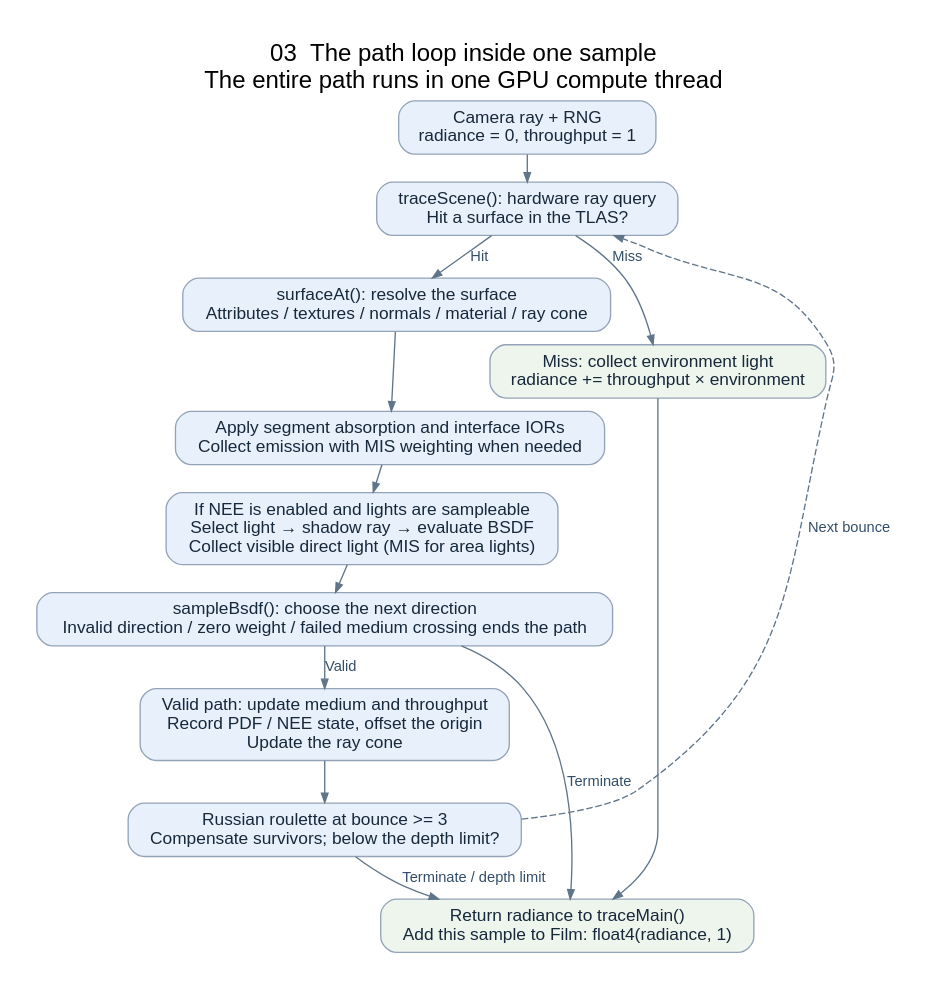
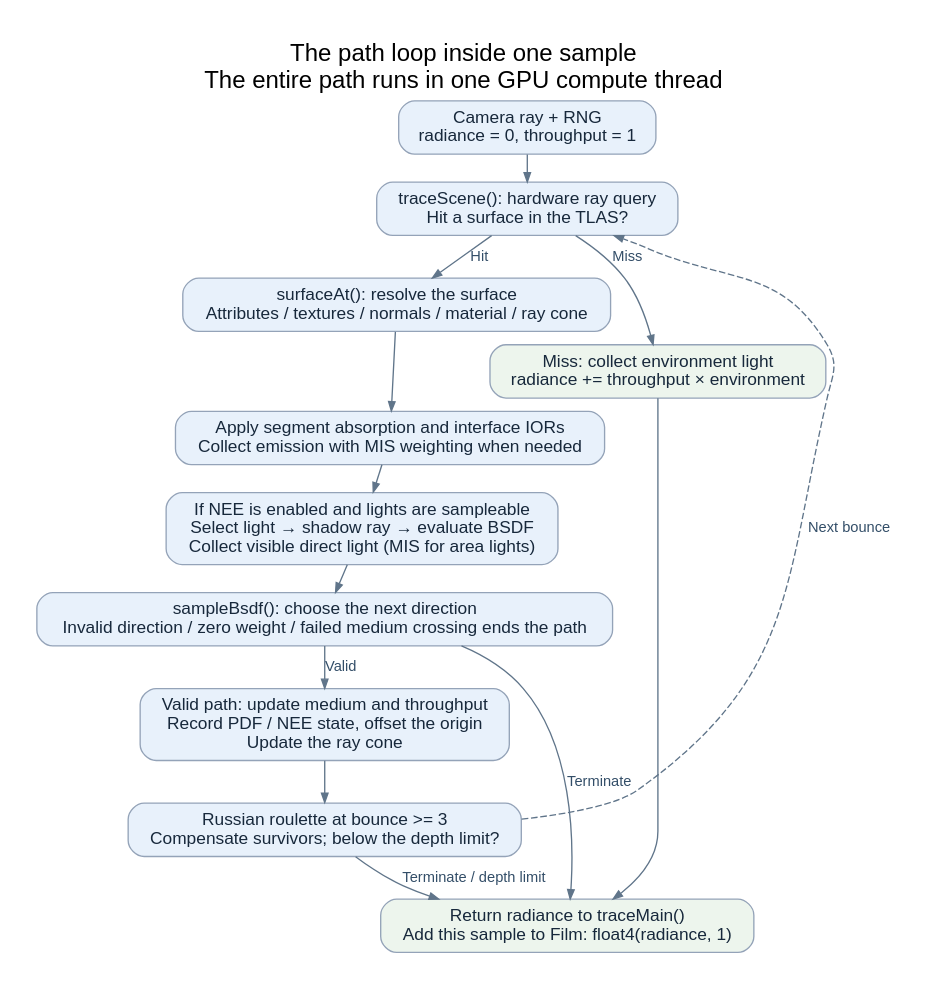
One commit to ippqw5/snr changed the diagram in docs/diagrams/path-bounce.dot. Above: the diagram before and after it, drawn with Graphviz. The commit also changed 18 other files, not shown here.

Commit message:
docs: reorganize architecture into a progressive reading path

```diff
--- a/docs/diagrams/path-bounce.dot
+++ b/docs/diagrams/path-bounce.dot
@@ -1,28 +1,28 @@
 digraph path_bounce {
   graph [rankdir=TB, bgcolor="#ffffff", pad=0.28, nodesep=0.30, ranksep=0.28,
          fontname="Arial", fontsize=18, labelloc=t,
-         label="03  The path loop inside one sample\nThe entire path runs in one GPU compute thread"];
+         label="The path loop inside one sample\nThe entire path runs in one GPU compute thread"];
   node [shape=box, style="rounded,filled", fillcolor="#e8f1fb", color="#94a3b8",
         fontcolor="#17283b", fontname="Arial", fontsize=13, margin="0.16,0.09"];
   edge [color="#60758a", fontcolor="#334e68", fontname="Arial", fontsize=11, arrowsize=0.7];
   start [label="Camera ray + RNG\nradiance = 0, throughput = 1"];
   query [label="traceScene(): hardware ray query\nHit a surface in the TLAS?"];
   surface [label="surfaceAt(): resolve the surface\nAttributes / textures / normals / material / ray cone"];
   emission [label="Apply segment absorption and interface IORs\nCollect emission with MIS weighting when needed"];
   nee [label="If NEE is enabled and lights are sampleable\nSelect light → shadow ray → evaluate BSDF\nCollect visible direct light (MIS for area lights)"];
   bsdf [label="sampleBsdf(): choose the next direction\nInvalid direction / zero weight / failed medium crossing ends the path"];
   state [label="Valid path: update medium and throughput\nRecord PDF / NEE state, offset the origin\nUpdate the ray cone"];
   stop [label="Russian roulette at bounce >= 3\nCompensate survivors; below the depth limit?"];
   miss [label="Miss: collect environment light\nradiance += throughput × environment", fillcolor="#edf5ed"];
   result [label="Return radiance to traceMain()\nAdd this sample to Film: float4(radiance, 1)", fillcolor="#edf5ed"];
   start -> query;
   query -> surface [label="Hit"];
   query -> miss [label="Miss"];
   surface -> emission -> nee -> bsdf;
   bsdf -> state [label="Valid"];
   bsdf -> result [label="Terminate"];
   state -> stop;
   stop -> query [style=dashed, label="Next bounce", constraint=false];
   stop -> result [label="Terminate / depth limit"];
   miss -> result;
 }
```
